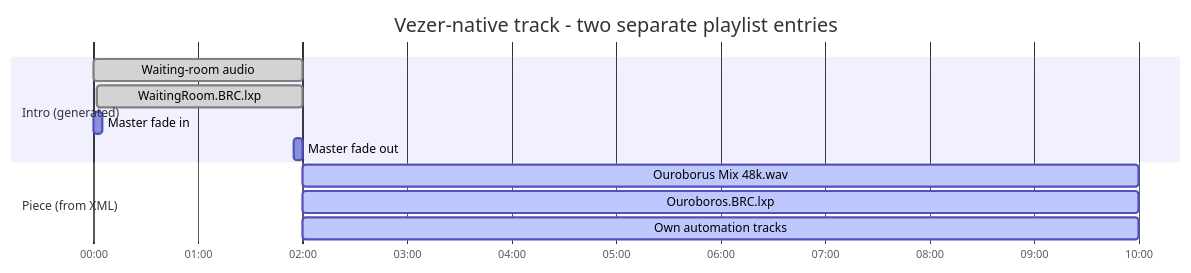
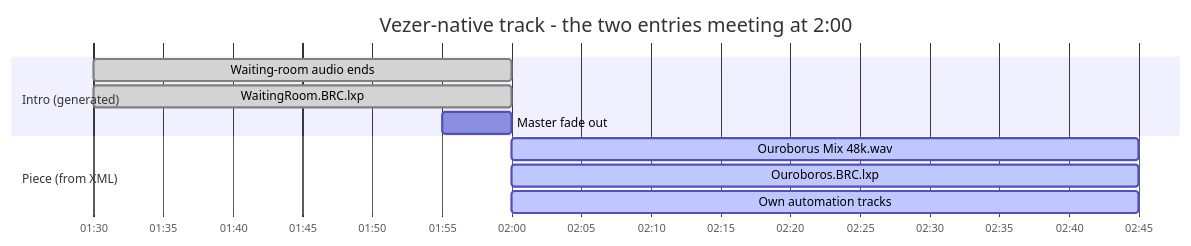
The third of 3 diagrams in README.md (Apotheneum/VezerGenerator), drawn with Mermaid before and after one commit. The commit also changed other lines of this file, not shown here.

First line of the commit message:
Use the pnpm scripts in docs; compress the timeline diagrams

````diff
--- a/README.md
+++ b/README.md
@@ -214,15 +214,14 @@
 ```mermaid
 gantt
-    title Vezer-native track - two separate playlist entries
+    title Vezer-native track - the two entries meeting at 2:00
     dateFormat HH:mm:ss
     axisFormat %M:%S
     section Intro (generated)
-    Waiting-room audio    :done, i1, 00:00:00, 00:02:00
-    WaitingRoom.BRC.lxp   :done, i2, 00:00:02, 00:02:00
-    Master fade in        :i3, 00:00:00, 00:00:05
-    Master fade out       :i4, 00:01:55, 00:02:00
+    Waiting-room audio ends :done, i1, 00:01:30, 00:02:00
+    WaitingRoom.BRC.lxp     :done, i2, 00:01:30, 00:02:00
+    Master fade out         :i4, 00:01:55, 00:02:00
     section Piece (from XML)
-    Ouroborus Mix 48k.wav :active, v1, 00:02:00, 00:10:00
-    Ouroboros.BRC.lxp     :active, v2, 00:02:00, 00:10:00
-    Own automation tracks :active, v3, 00:02:00, 00:10:00
+    Ouroborus Mix 48k.wav   :active, v1, 00:02:00, 00:02:45
+    Ouroboros.BRC.lxp       :active, v2, 00:02:00, 00:02:45
+    Own automation tracks   :active, v3, 00:02:00, 00:02:45
 ```
````
